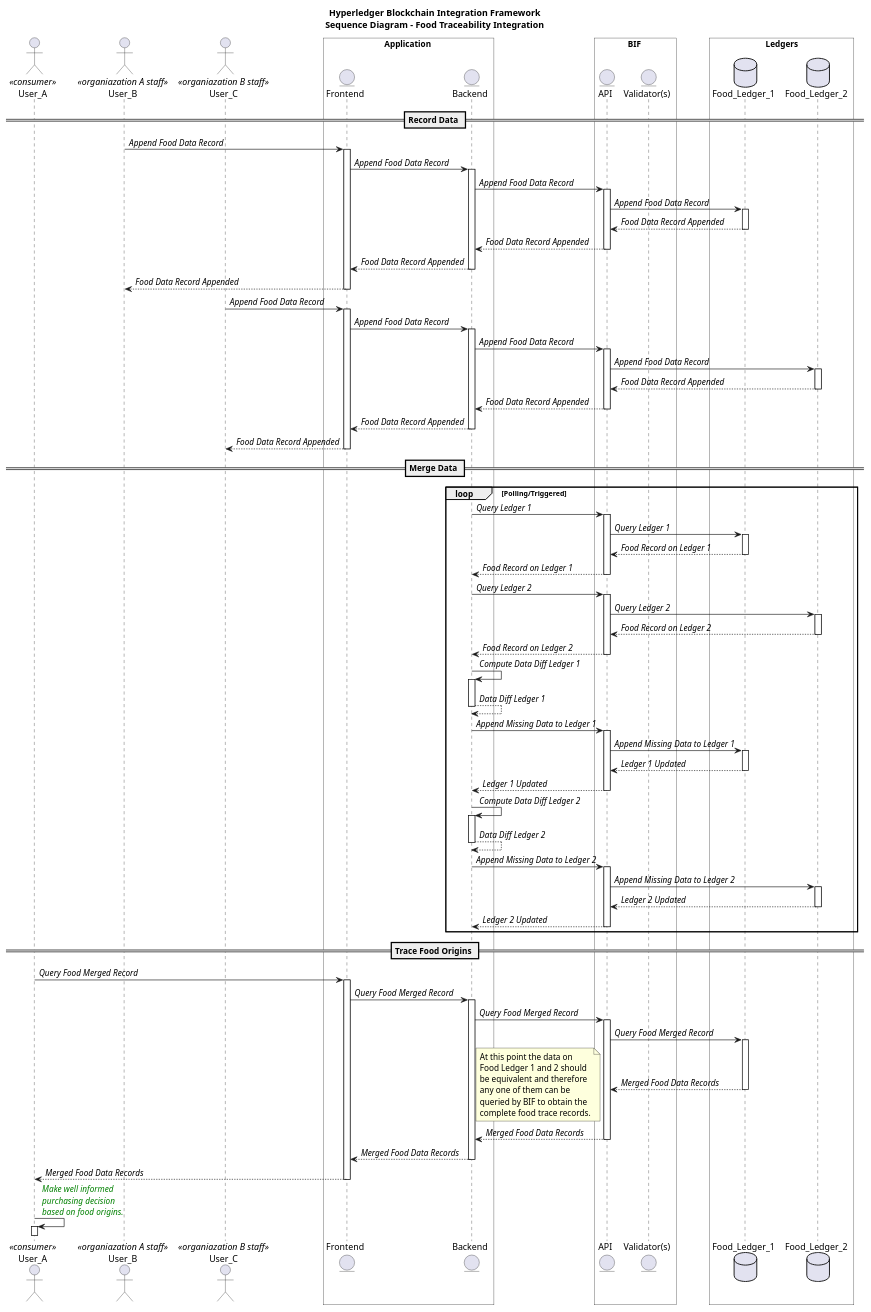
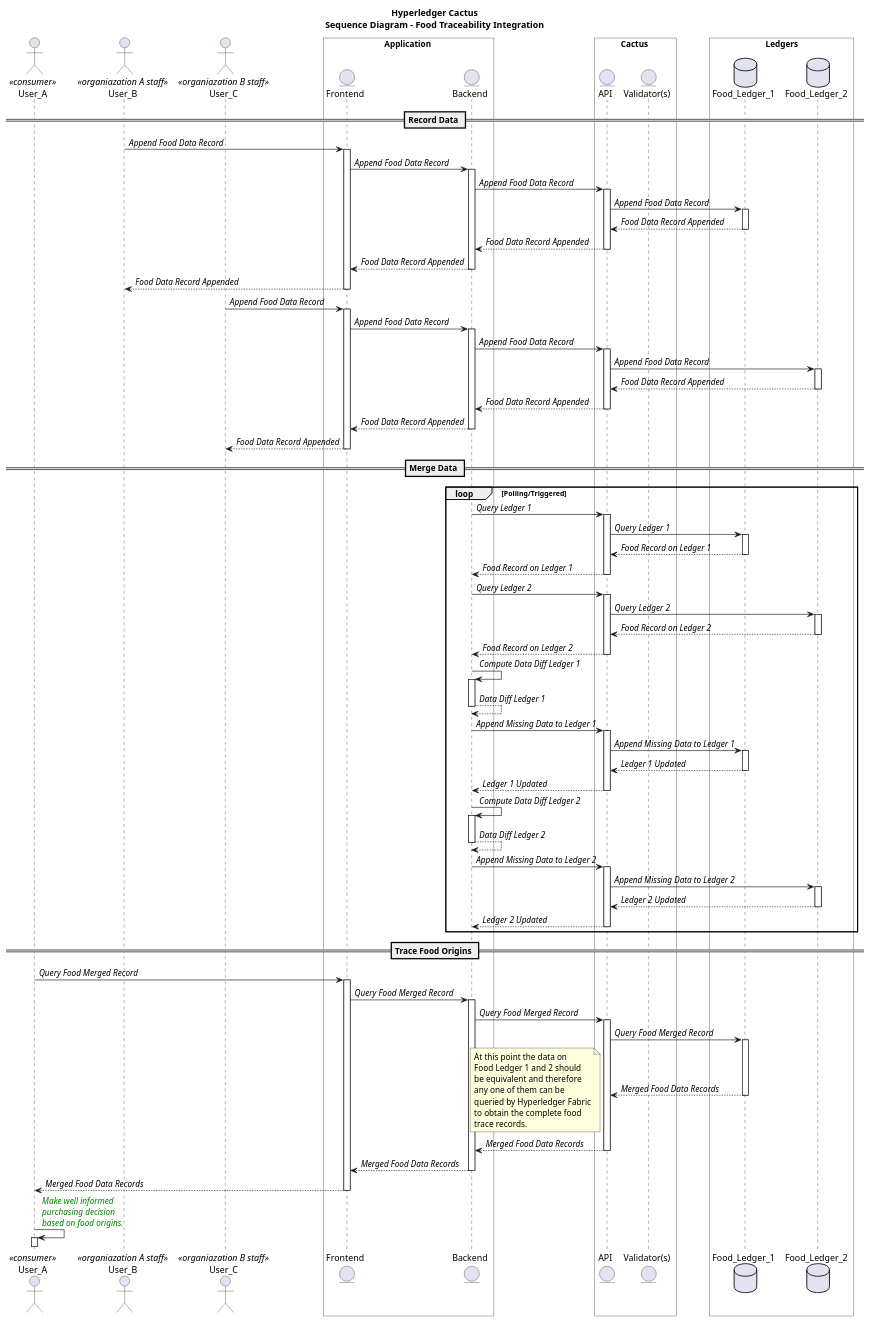
The diagram in docs/whitepaper/use-case-sequence-diagram-food-traceability-integration.puml (hyperledger-cacti/cacti), drawn with PlantUML before and after one commit. The commit also changed 32 other files, not shown here.

Commit message:
docs: Name change to Hyperledger Cactus

```diff
--- a/docs/whitepaper/use-case-sequence-diagram-food-traceability-integration.puml
+++ b/docs/whitepaper/use-case-sequence-diagram-food-traceability-integration.puml
@@ -1,99 +1,100 @@
 @startuml Sequence Diagram - Food Traceability Integration
 
 skinparam ArrowFontStyle italic
 
-title Hyperledger Blockchain Integration Framework\nSequence Diagram - Food Traceability Integration
+title Hyperledger Cactus\nSequence Diagram - Food Traceability Integration
 
 actor User_A as a <<consumer>>
 actor User_B as b <<organiazation A staff>>
 actor User_C as c <<organiazation B staff>>
 
 box Application #White
 entity "Frontend" as frontend
 entity "Backend" as backend
 end box
 
-box BIF #White
+box Cactus #White
 entity "API" as api
 entity "Validator(s)" as v
 end box
 
 box "Ledgers" #White
 database Food_Ledger_1 as d1
 database Food_Ledger_2 as d2
 end box
 
 autoactivate on
 
 == Record Data ==
 
 b -> frontend: Append Food Data Record
   frontend -> backend: Append Food Data Record
     backend -> api: Append Food Data Record
       api -> d1: Append Food Data Record
       return Food Data Record Appended
     return Food Data Record Appended
   return Food Data Record Appended
 return Food Data Record Appended
 
 c -> frontend: Append Food Data Record
   frontend -> backend: Append Food Data Record
     backend -> api: Append Food Data Record
       api -> d2: Append Food Data Record
       return Food Data Record Appended
     return Food Data Record Appended
   return Food Data Record Appended
 return Food Data Record Appended
 
 == Merge Data ==
 
 loop Polling/Triggered
   backend -> api: Query Ledger 1
     api -> d1: Query Ledger 1
     return Food Record on Ledger 1
   return Food Record on Ledger 1
 
   backend -> api: Query Ledger 2
     api -> d2: Query Ledger 2
     return Food Record on Ledger 2
   return Food Record on Ledger 2
 
   backend -> backend: Compute Data Diff Ledger 1
   return Data Diff Ledger 1
   backend -> api: Append Missing Data to Ledger 1
     api -> d1: Append Missing Data to Ledger 1
     return Ledger 1 Updated
   return Ledger 1 Updated
 
   backend -> backend: Compute Data Diff Ledger 2
   return Data Diff Ledger 2
     backend -> api: Append Missing Data to Ledger 2
     api -> d2: Append Missing Data to Ledger 2
     return Ledger 2 Updated
   return Ledger 2 Updated
 
 end loop
 
 == Trace Food Origins ==
 
 a -> frontend: Query Food Merged Record
   frontend -> backend: Query Food Merged Record
     backend -> api: Query Food Merged Record
       api -> d1: Query Food Merged Record
       return Merged Food Data Records
       note left
       At this point the data on
       Food Ledger 1 and 2 should
       be equivalent and therefore
       any one of them can be
-      queried by BIF to obtain the
-      complete food trace records.
+      queried by Hyperledger Fabric
+      to obtain the complete food
+      trace records.
       end note
     return Merged Food Data Records
   return Merged Food Data Records
 return Merged Food Data Records
 
 a -> a: <color:green>Make well informed\n<color:green>purchasing decision\n<color:green>based on food origins.
 
 
 @enduml
```
